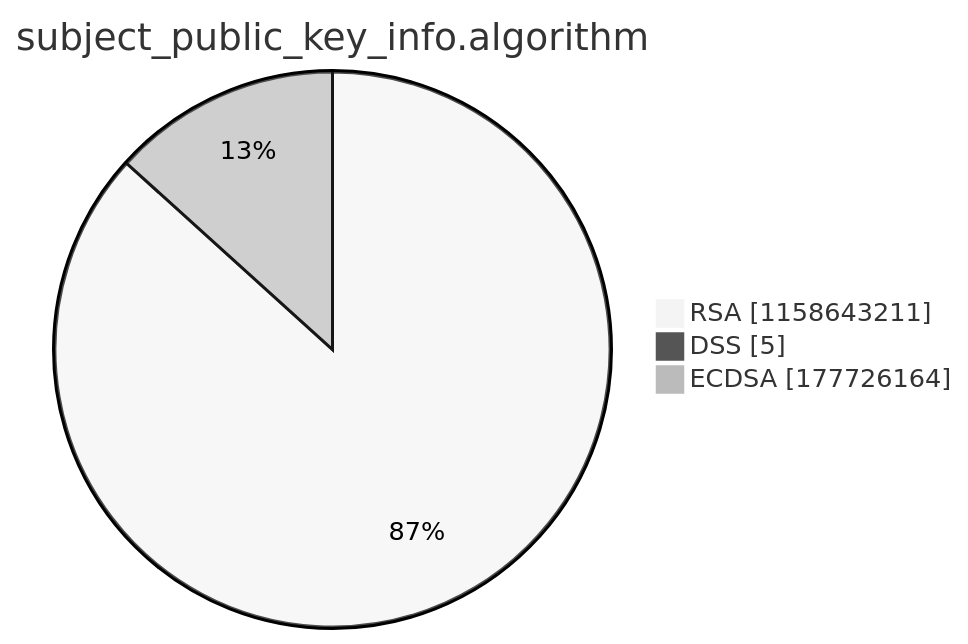
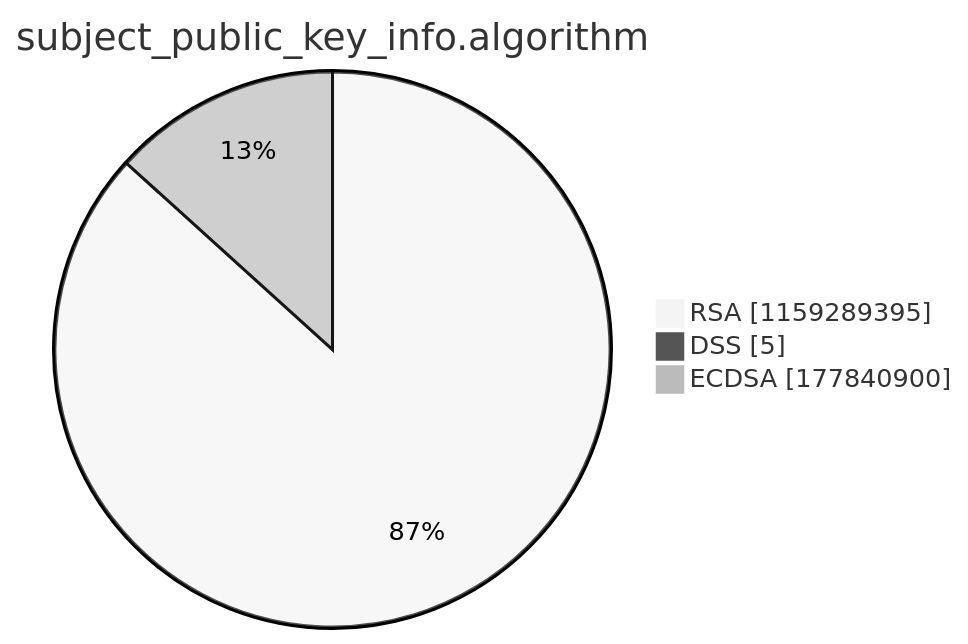
Before and after one commit to christiankrug/ctmonitor_visualization: the third of 15 diagrams in argon2022/README.md, drawn with Mermaid (neutral theme). The commit also changed other lines of this file, not shown here.

````diff
--- a/argon2022/README.md
+++ b/argon2022/README.md
@@ -14,7 +14,7 @@
 ```mermaid
 pie showData
 title subject_public_key_info.algorithm
-"RSA" :1158643211
+"RSA" :1159289395
 "DSS" :5
-"ECDSA" :177726164
+"ECDSA" :177840900
 ```
````
